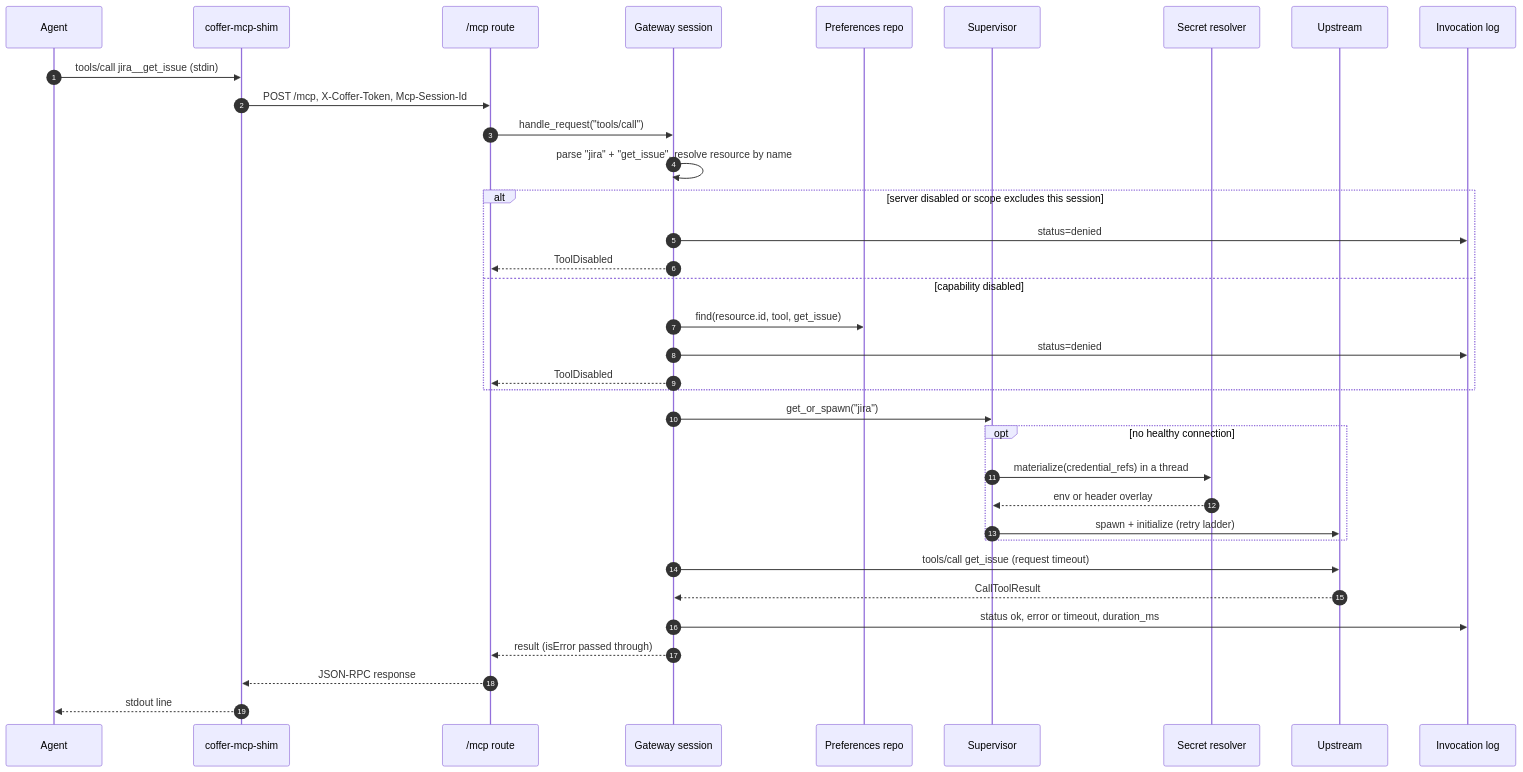
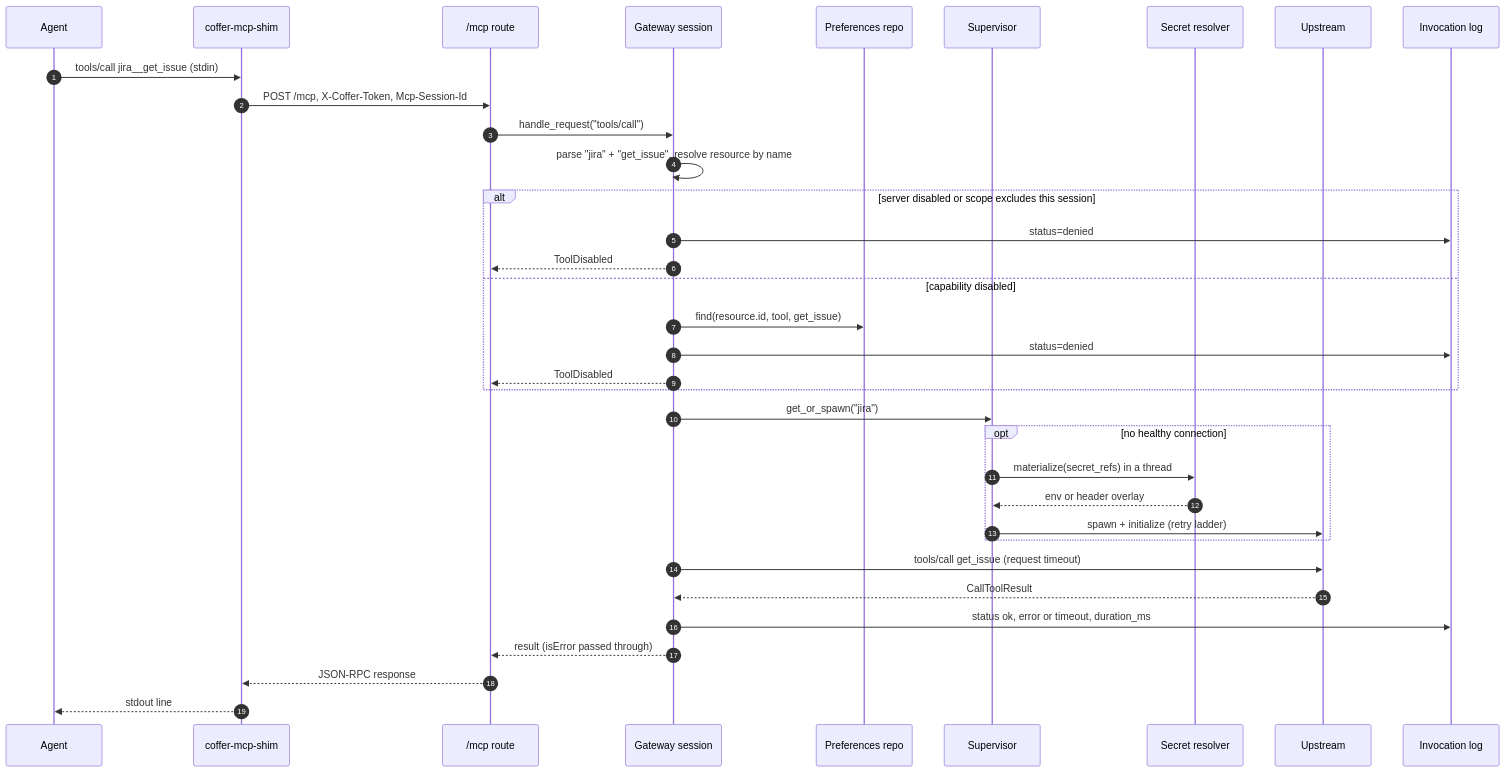
The third of 4 diagrams in docs-site/architecture/mcp-gateway.md (wyx-sg/Coffer), drawn with Mermaid before and after one commit. The commit also changed other lines of this file and 584 other files, not shown here.

First line of the commit message:
refactor(secret): rename every internal credential name to secret

````diff
--- a/docs-site/architecture/mcp-gateway.md
+++ b/docs-site/architecture/mcp-gateway.md
@@ -198,37 +198,37 @@
 ```mermaid
 sequenceDiagram
   autonumber
   participant A as Agent
   participant S as coffer-mcp-shim
   participant R as /mcp route
   participant G as Gateway session
   participant P as Preferences repo
   participant V as Supervisor
   participant C as Secret resolver
   participant U as Upstream
   participant L as Invocation log
   A->>S: tools/call jira__get_issue (stdin)
   S->>R: POST /mcp, X-Coffer-Token, Mcp-Session-Id
   R->>G: handle_request("tools/call")
   G->>G: parse "jira" + "get_issue", resolve resource by name
   alt server disabled or scope excludes this session
     G->>L: status=denied
     G-->>R: ToolDisabled
   else capability disabled
     G->>P: find(resource.id, tool, get_issue)
     G->>L: status=denied
     G-->>R: ToolDisabled
   end
   G->>V: get_or_spawn("jira")
   opt no healthy connection
-    V->>C: materialize(credential_refs) in a thread
+    V->>C: materialize(secret_refs) in a thread
     C-->>V: env or header overlay
     V->>U: spawn + initialize (retry ladder)
   end
   G->>U: tools/call get_issue (request timeout)
   U-->>G: CallToolResult
   G->>L: status ok, error or timeout, duration_ms
   G-->>R: result (isError passed through)
   R-->>S: JSON-RPC response
   S-->>A: stdout line
 ```
````
